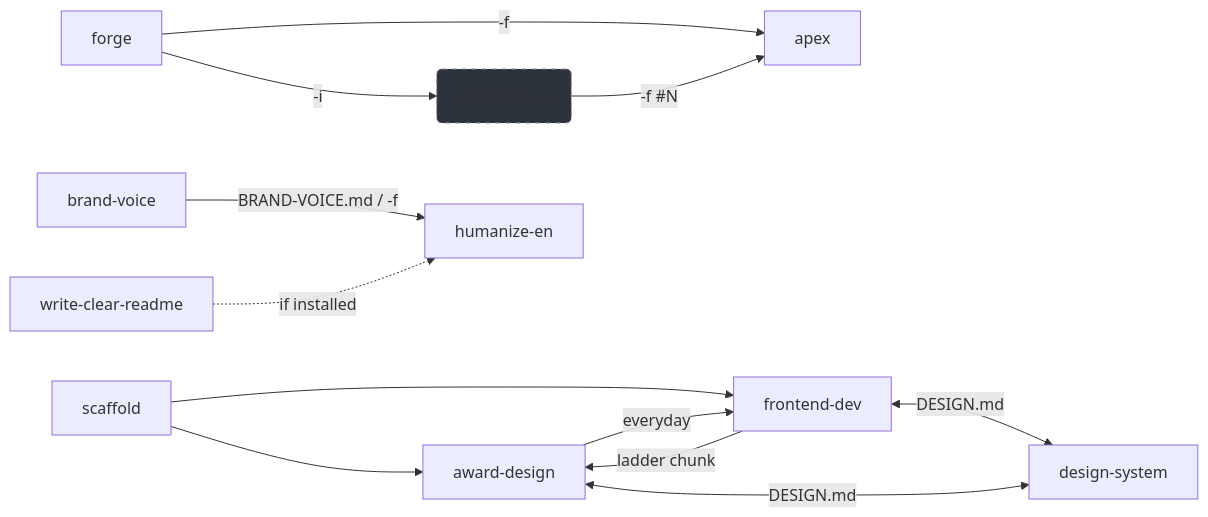
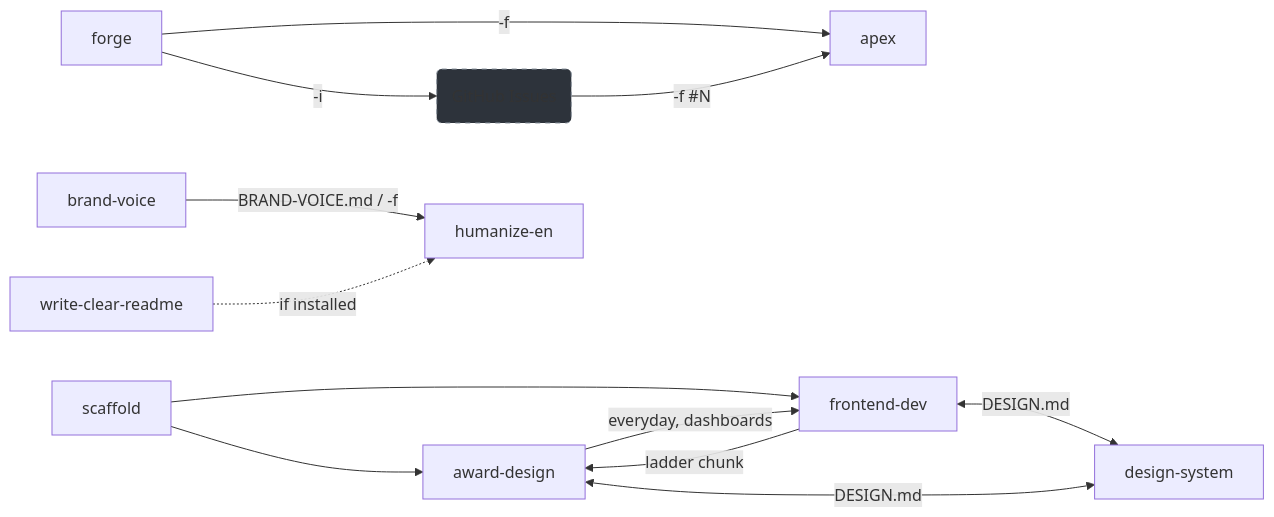
The diagram in README.md (coroboros/agent-skills), drawn with Mermaid before and after one commit. The commit also changed other lines of this file and 8 other files, not shown here.

First line of the commit message:
fix(frontend-dev): settle the dashboard boundary and align the sibling lanes

````diff
--- a/README.md
+++ b/README.md
@@ -1275,18 +1275,18 @@
 ```mermaid
 graph LR
   forge -->|"-f"| apex
   forge -->|"-i"| issues(GitHub Issues)
   issues -->|"-f #N"| apex
 
   scaffold --> award-design
   scaffold --> frontend-dev
   frontend-dev -->|ladder chunk| award-design
-  award-design -->|everyday| frontend-dev
+  award-design -->|everyday, dashboards| frontend-dev
   frontend-dev <-->|DESIGN.md| design-system
   award-design <-->|DESIGN.md| design-system
 
   brand-voice -->|"BRAND-VOICE.md / -f"| humanize-en
   write-clear-readme -.->|if installed| humanize-en
 
   style issues fill:#2d333b,stroke:#8b949e,stroke-dasharray: 5 5
 ```
````
